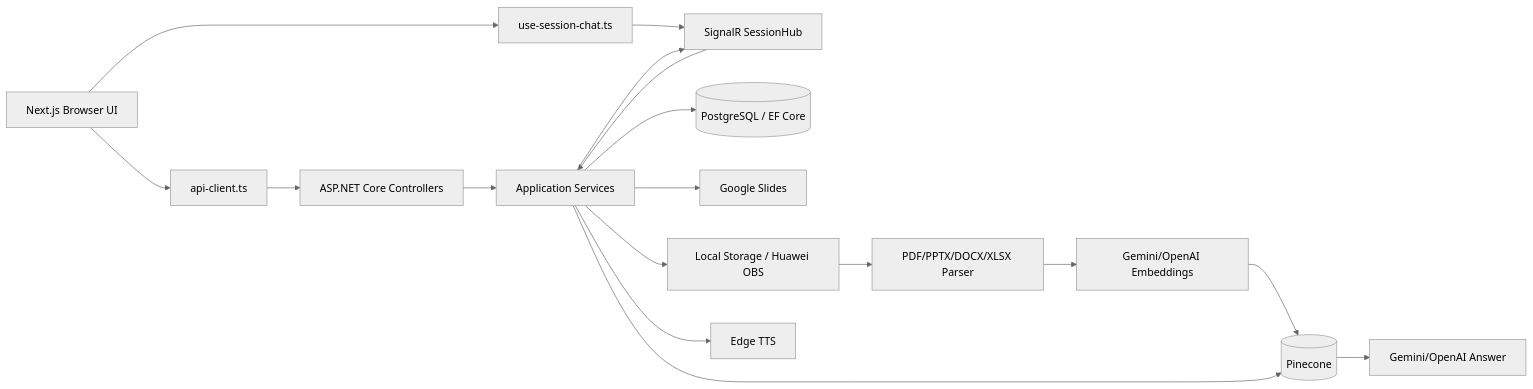
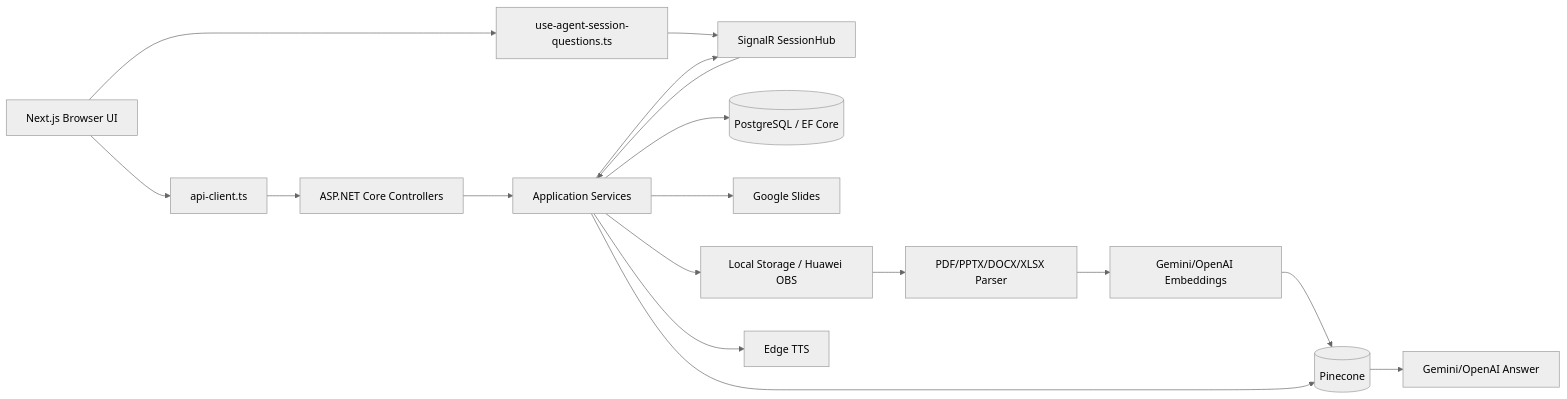
Before and after one commit to Sathaporn24/sb_supportroom: the diagram in frontend/docs/DATA_FLOW_DIAGRAM.md, drawn with Mermaid (neutral theme). The commit also changed 183 other files, not shown here.

````diff
--- a/frontend/docs/DATA_FLOW_DIAGRAM.md
+++ b/frontend/docs/DATA_FLOW_DIAGRAM.md
@@ -3,26 +3,28 @@
 ```mermaid
 flowchart LR
     Browser[Next.js Browser UI]
     Rest[api-client.ts]
-    Realtime[use-session-chat.ts]
+    Realtime[use-agent-session-questions.ts]
     Api[ASP.NET Core Controllers]
     Hub[SignalR SessionHub]
     App[Application Services]
     Db[(PostgreSQL / EF Core)]
     Slides[Google Slides]
     Files[Local Storage / Huawei OBS]
     Parser[PDF/PPTX/DOCX/XLSX Parser]
     Embed[Gemini/OpenAI Embeddings]
     Pine[(Pinecone)]
     Answer[Gemini/OpenAI Answer]
     Tts[Edge TTS]
 
     Browser --> Rest --> Api --> App
     Browser --> Realtime --> Hub --> App
     App --> Db
+    %% Realtime is CS-side only (use-agent-session-questions.ts) - learners have no live
+    %% connection left since chat was removed (F10-a); questions go via Rest above.
     App --> Slides
     App --> Files --> Parser --> Embed --> Pine
     App --> Pine --> Answer
     App --> Tts
     App --> Hub
 ```
````
